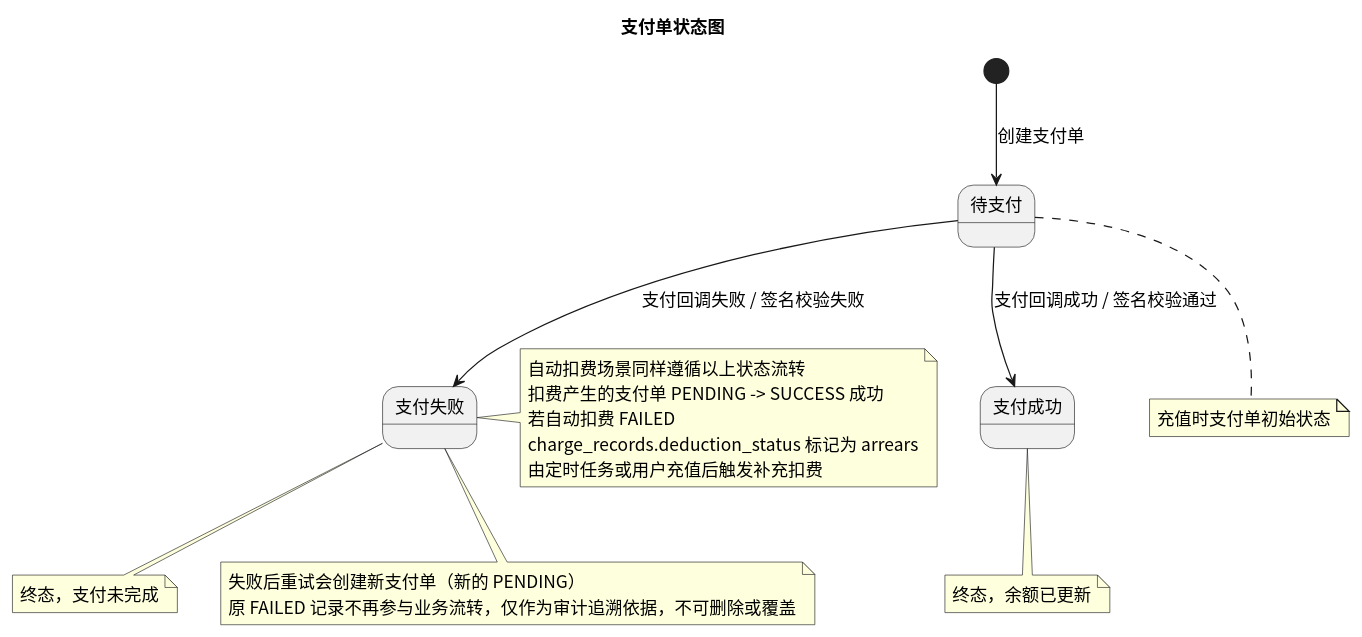
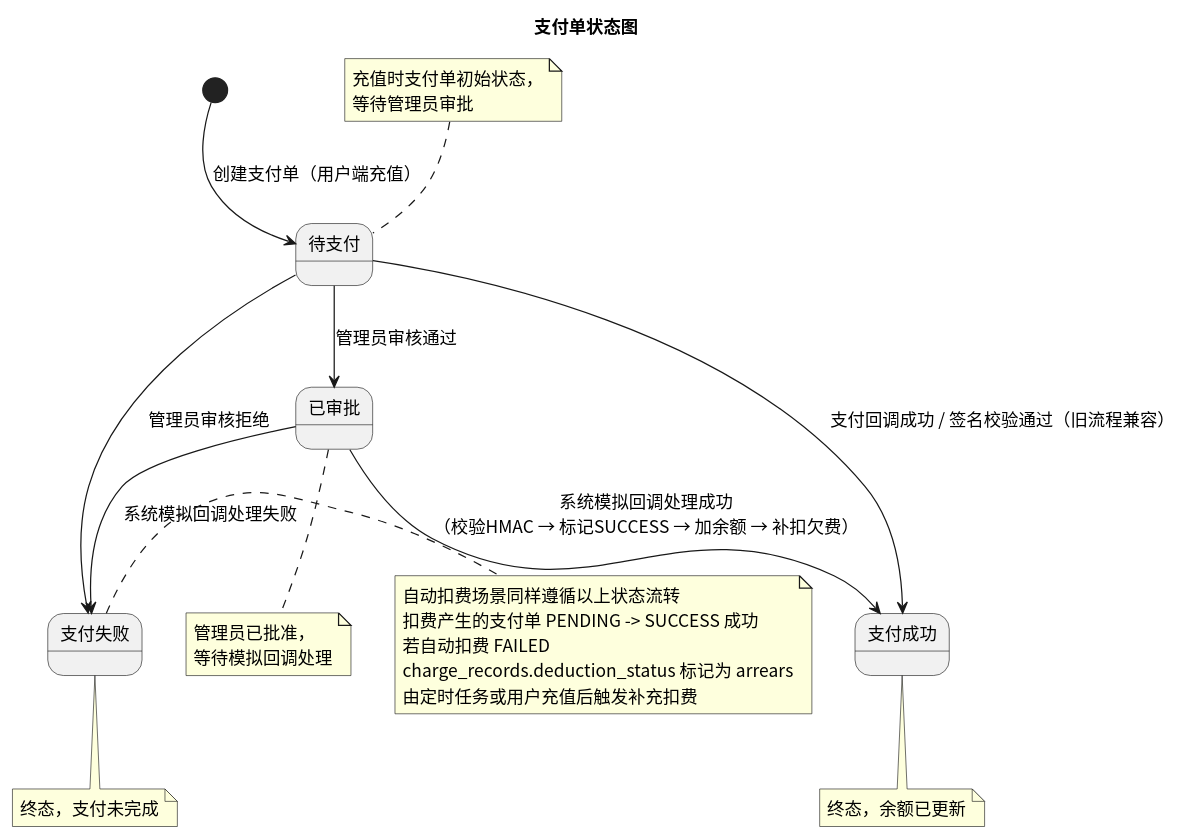
Before and after one commit to greenhandzdl/charging-station-doc: the diagram in status/src/state_payment.puml, drawn with PlantUML. The commit also changed 14 other files, not shown here.

```diff
--- a/status/src/state_payment.puml
+++ b/status/src/state_payment.puml
@@ -1,20 +1,24 @@
 @startuml
 skinparam defaultFontName "Noto Sans CJK SC"
 skinparam defaultFontSize 14
 title 支付单状态图
 
 state "待支付" as PENDING
+state "已审批" as APPROVED
 state "支付成功" as SUCCESS
 state "支付失败" as FAILED
 
-[*] --> PENDING : 创建支付单
-PENDING --> SUCCESS : 支付回调成功 / 签名校验通过
-PENDING --> FAILED : 支付回调失败 / 签名校验失败
+[*] --> PENDING : 创建支付单（用户端充值）
+PENDING --> APPROVED : 管理员审核通过
+PENDING --> FAILED : 管理员审核拒绝
+APPROVED --> SUCCESS : 系统模拟回调处理成功\n（校验HMAC → 标记SUCCESS → 加余额 → 补扣欠费）
+APPROVED --> FAILED : 系统模拟回调处理失败
+PENDING --> SUCCESS : 支付回调成功 / 签名校验通过（旧流程兼容）
 
-note bottom of PENDING : 充值时支付单初始状态
+note top of PENDING : 充值时支付单初始状态，\n等待管理员审批
+note bottom of APPROVED : 管理员已批准，\n等待模拟回调处理
 note bottom of SUCCESS : 终态，余额已更新
 note bottom of FAILED : 终态，支付未完成
-note bottom of FAILED : 失败后重试会创建新支付单（新的 PENDING）\n原 FAILED 记录不再参与业务流转，仅作为审计追溯依据，不可删除或覆盖
 
 note right of FAILED : 自动扣费场景同样遵循以上状态流转\n扣费产生的支付单 PENDING -> SUCCESS 成功\n若自动扣费 FAILED\ncharge_records.deduction_status 标记为 arrears\n由定时任务或用户充值后触发补充扣费
 @enduml
```
